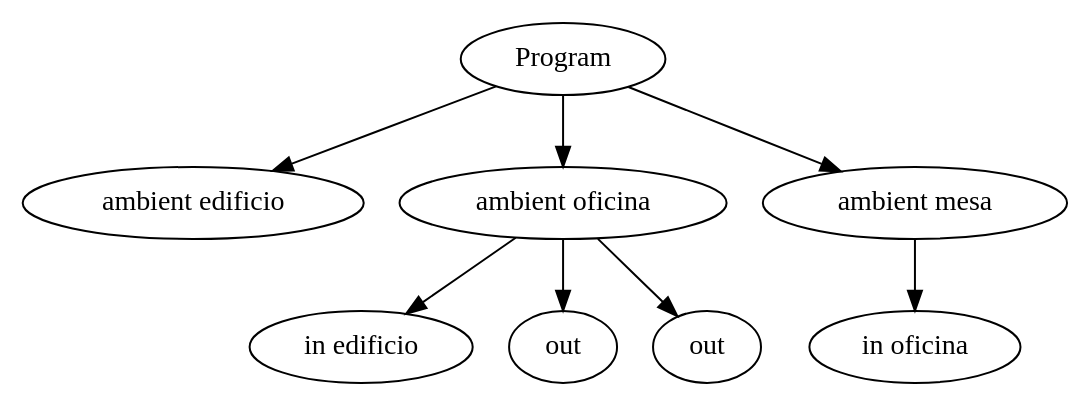
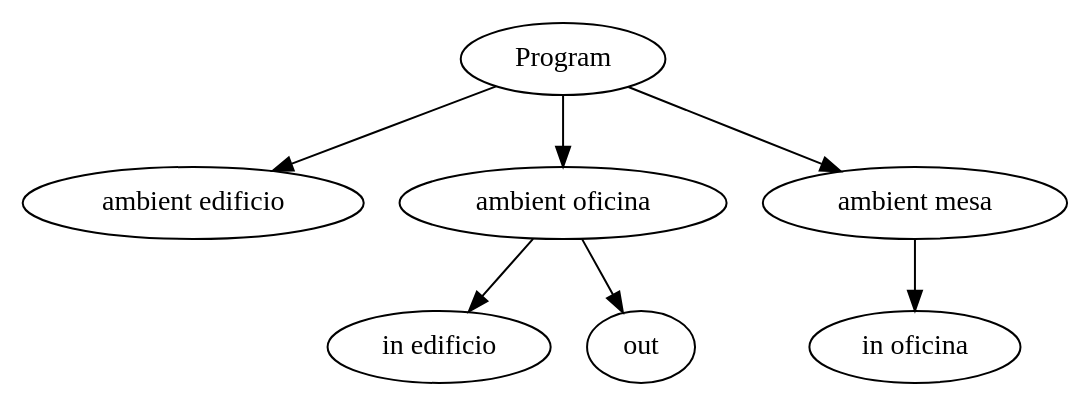
Before and after one commit to Sebas03446/AmbientCalculusLanguage: the diagram in ast.dot, drawn with Graphviz. The commit also changed 23 other files, not shown here.

```diff
--- a/ast.dot
+++ b/ast.dot
@@ -1,17 +1,15 @@
 digraph G {
   node0 [label="Program"];
   node1 [label="ambient edificio"];
   node2 [label="ambient oficina"];
   node3 [label="in edificio"];
   node4 [label="out"];
-  node5 [label="out"];
-  node6 [label="ambient mesa"];
-  node7 [label="in oficina"];
+  node5 [label="ambient mesa"];
+  node6 [label="in oficina"];
   node0 -> node1;
   node0 -> node2;
   node2 -> node3;
   node2 -> node4;
-  node2 -> node5;
-  node0 -> node6;
-  node6 -> node7;
+  node0 -> node5;
+  node5 -> node6;
 }
```
